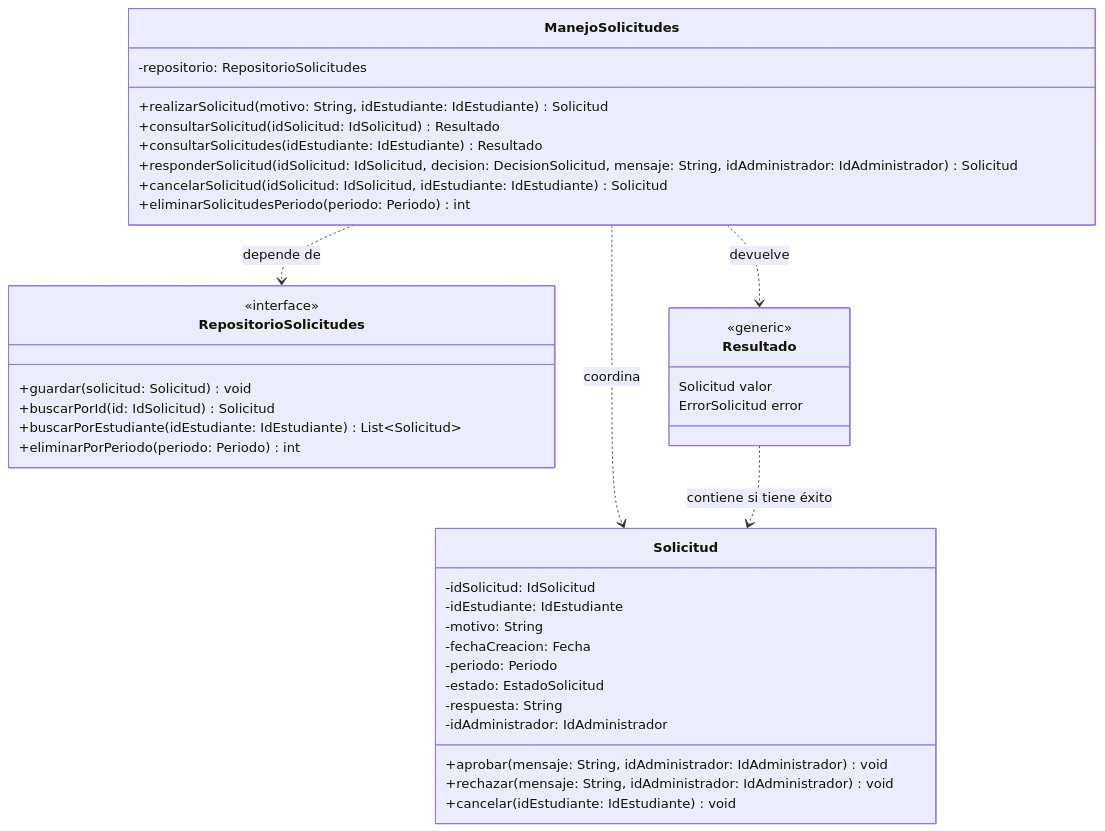
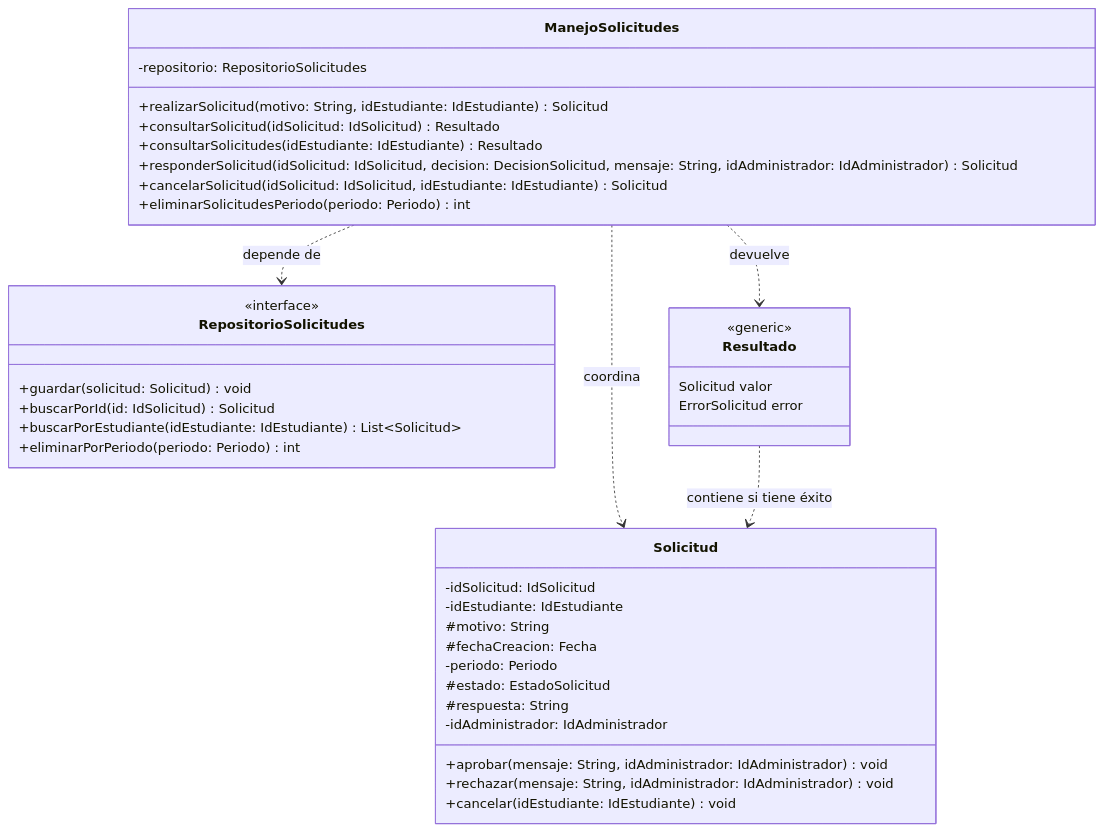
The second of 2 diagrams in docs/01_Architectural_and_Detailed_Design.md (alfredoquev/Almuerzate.app), drawn with Mermaid before and after one commit. The commit also changed other lines of this file, not shown here.

````diff
--- a/docs/01_Architectural_and_Detailed_Design.md
+++ b/docs/01_Architectural_and_Detailed_Design.md
@@ -86,48 +86,48 @@
 ```mermaid
 
 
 classDiagram
     class ManejoSolicitudes {
         -repositorio: RepositorioSolicitudes
         +realizarSolicitud(motivo: String, idEstudiante: IdEstudiante) Solicitud
         +consultarSolicitud(idSolicitud: IdSolicitud) Resultado
         +consultarSolicitudes(idEstudiante: IdEstudiante) Resultado
         +responderSolicitud(idSolicitud: IdSolicitud, decision: DecisionSolicitud, mensaje: String, idAdministrador: IdAdministrador) Solicitud
         +cancelarSolicitud(idSolicitud: IdSolicitud, idEstudiante: IdEstudiante) Solicitud
         +eliminarSolicitudesPeriodo(periodo: Periodo) int
     }
 
     class Solicitud {
         -idSolicitud: IdSolicitud
         -idEstudiante: IdEstudiante
-        -motivo: String
-        -fechaCreacion: Fecha
+        #motivo: String
+        #fechaCreacion: Fecha
         -periodo: Periodo
-        -estado: EstadoSolicitud
-        -respuesta: String
+        #estado: EstadoSolicitud
+        #respuesta: String
         -idAdministrador: IdAdministrador
         +aprobar(mensaje: String, idAdministrador: IdAdministrador) void
         +rechazar(mensaje: String, idAdministrador: IdAdministrador) void
         +cancelar(idEstudiante: IdEstudiante) void
     }
 
     class RepositorioSolicitudes {
         <<interface>>
         +guardar(solicitud: Solicitud) void
         +buscarPorId(id: IdSolicitud) Solicitud
         +buscarPorEstudiante(idEstudiante: IdEstudiante) List~Solicitud~
         +eliminarPorPeriodo(periodo: Periodo) int
     }
 
     class Resultado {
         <<generic>>
         Solicitud valor
         ErrorSolicitud error
     }
 
     ManejoSolicitudes ..> RepositorioSolicitudes : depende de
     ManejoSolicitudes ..> Solicitud : coordina
     ManejoSolicitudes ..> Resultado : devuelve
     Resultado ..> Solicitud : contiene si tiene éxito
 
 ```
````
